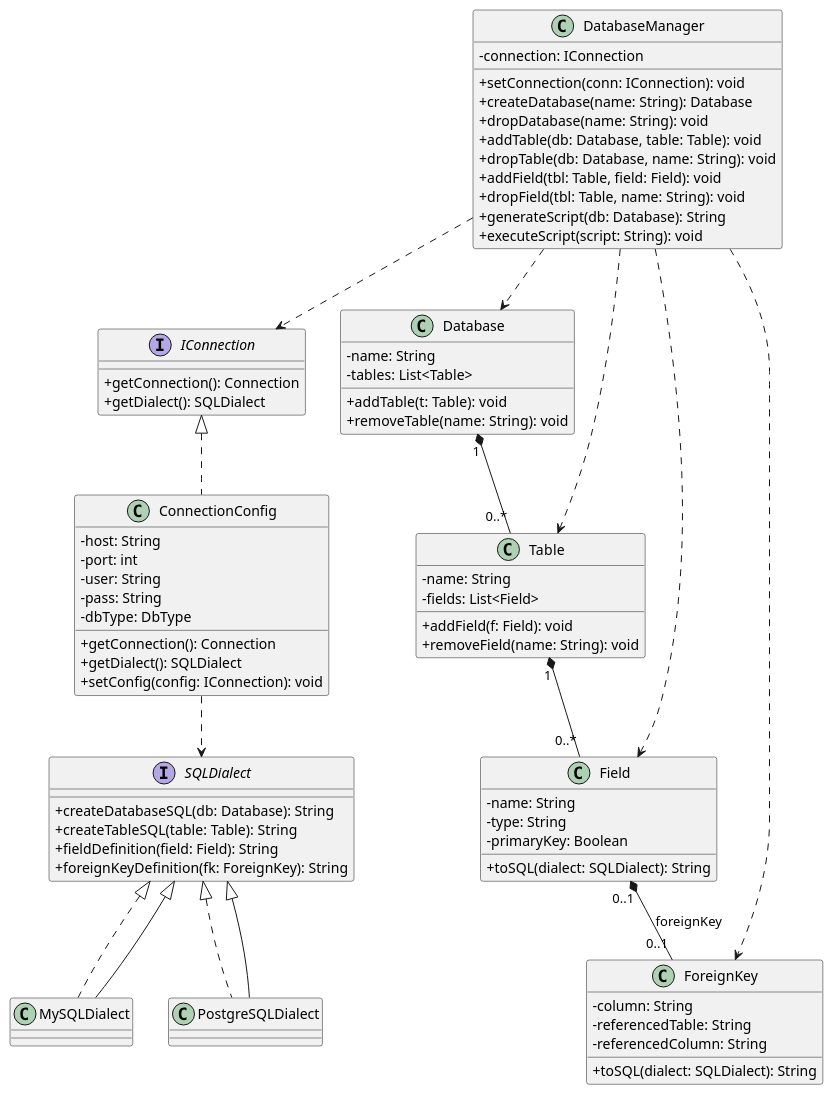
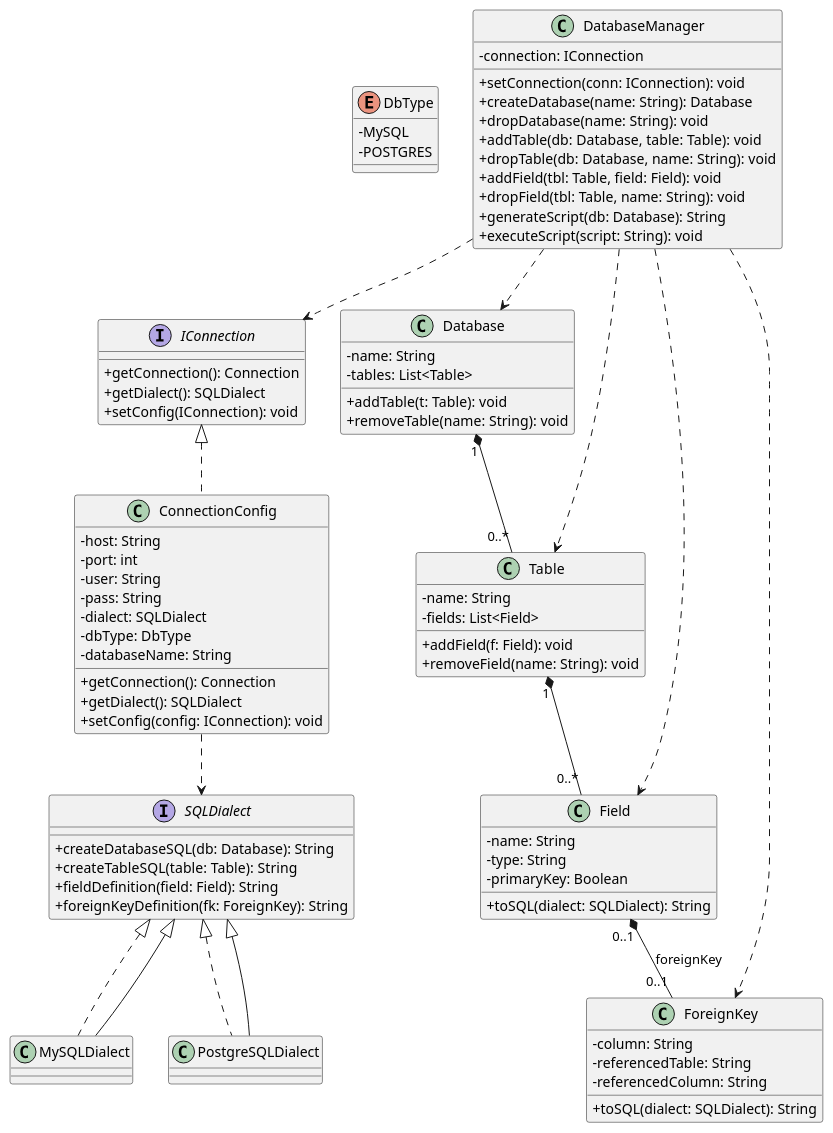
One commit to FuruyaSKR/POO2 changed the diagram in trabalhos/src/main/java/SQLFramework/sql-framework.puml. Above: the diagram before and after it, drawn with PlantUML. The commit also changed 11 other files, not shown here.

```diff
--- a/trabalhos/src/main/java/SQLFramework/sql-framework.puml
+++ b/trabalhos/src/main/java/SQLFramework/sql-framework.puml
@@ -1,85 +1,92 @@
 @startuml SQLFramework
 skinparam classAttributeIconSize 0
 
+enum DbType {
+  - MySQL
+  - POSTGRES
+}
 interface IConnection {
   + getConnection(): Connection
   + getDialect(): SQLDialect
+  + setConfig(IConnection): void
 }
 
 class ConnectionConfig implements IConnection {
   - host: String
   - port: int
   - user: String
   - pass: String
+  - dialect: SQLDialect
   - dbType: DbType
+  - databaseName: String
   + getConnection(): Connection
   + getDialect(): SQLDialect
   + setConfig(config: IConnection): void
 }
 
 interface SQLDialect {
   + createDatabaseSQL(db: Database): String
   + createTableSQL(table: Table): String
   + fieldDefinition(field: Field): String
   + foreignKeyDefinition(fk: ForeignKey): String
 }
 
 class MySQLDialect implements SQLDialect
 class PostgreSQLDialect implements SQLDialect
 
 class DatabaseManager {
   - connection: IConnection
   + setConnection(conn: IConnection): void
   + createDatabase(name: String): Database
   + dropDatabase(name: String): void
   + addTable(db: Database, table: Table): void
   + dropTable(db: Database, name: String): void
   + addField(tbl: Table, field: Field): void
   + dropField(tbl: Table, name: String): void
   + generateScript(db: Database): String
   + executeScript(script: String): void
 }
 
 class Database {
   - name: String
   - tables: List<Table>
   + addTable(t: Table): void
   + removeTable(name: String): void
 }
 
 class Table {
   - name: String
   - fields: List<Field>
   + addField(f: Field): void
   + removeField(name: String): void
 }
 
 class Field {
   - name: String
   - type: String
   - primaryKey: Boolean
   + toSQL(dialect: SQLDialect): String
 }
 
 class ForeignKey {
   - column: String
   - referencedTable: String
   - referencedColumn: String
   + toSQL(dialect: SQLDialect): String
 }
 
 ' Relações de composição
 Database "1" *-- "0..*" Table
 Table    "1" *-- "0..*" Field
 Field    "0..1" *-- "0..1" ForeignKey : foreignKey
 
 ' Dependências de uso
 DatabaseManager ..> IConnection
 DatabaseManager ..> Database
 DatabaseManager ..> Table
 DatabaseManager ..> Field
 DatabaseManager ..> ForeignKey
 ConnectionConfig ..> SQLDialect
 SQLDialect <|-- MySQLDialect
 SQLDialect <|-- PostgreSQLDialect
 @enduml
```
